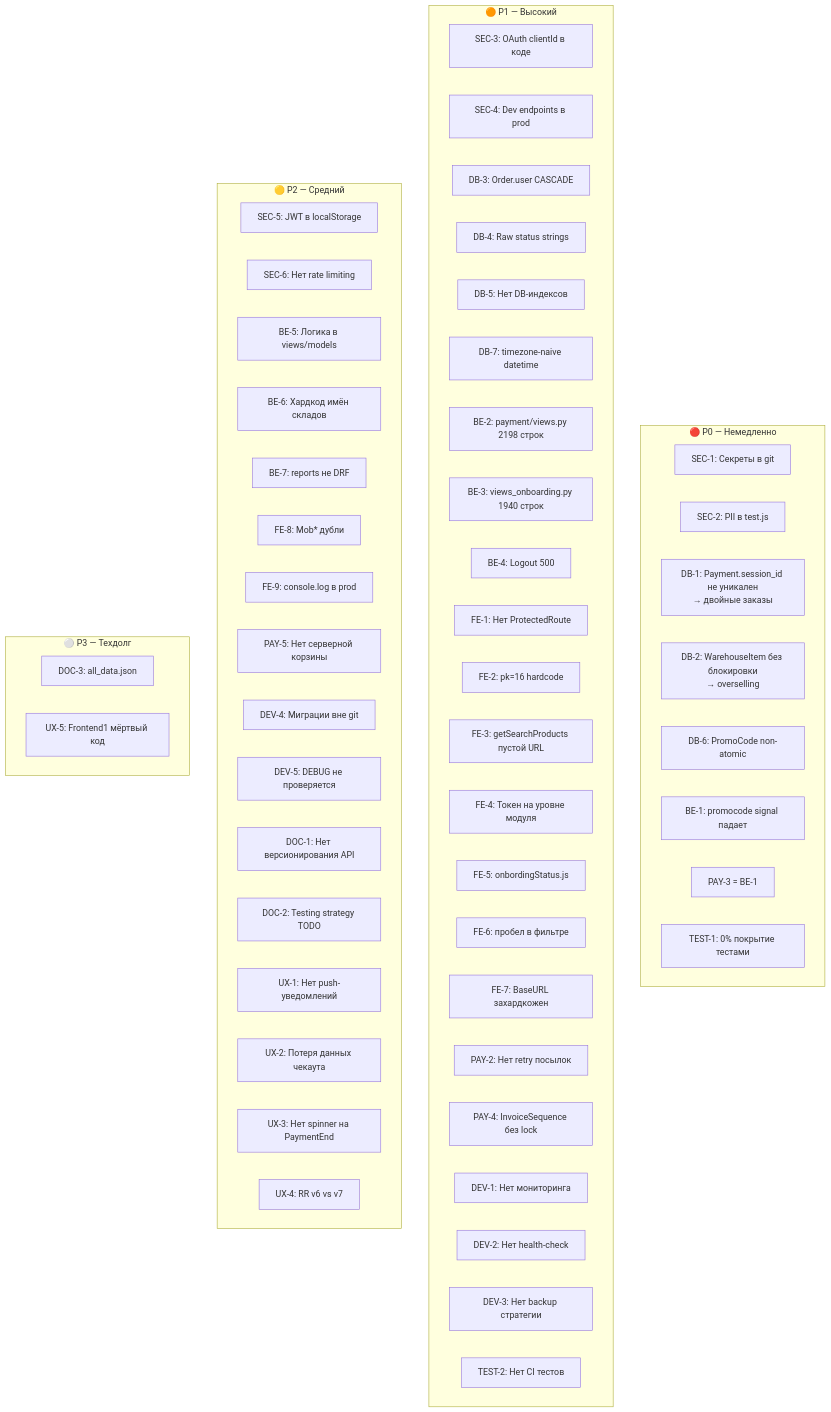
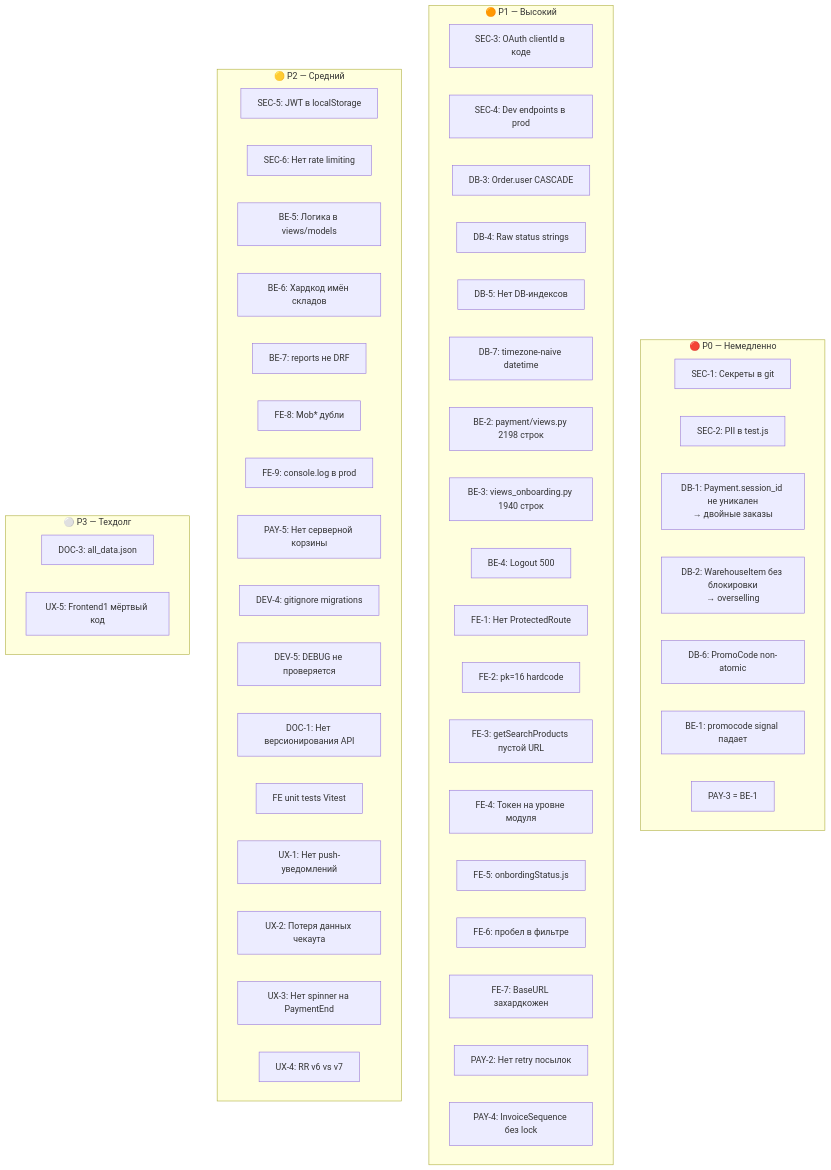
The first of 2 diagrams in docs/09-architecture-debt.md (pavelchamgl/reli.one), drawn with Mermaid before and after one commit. The commit also changed other lines of this file and 22 other files, not shown here.

First line of the commit message:
docs+test: align docs, add Frontend3 Vitest/RTL, order lifecycle regressions

````diff
--- a/docs/09-architecture-debt.md
+++ b/docs/09-architecture-debt.md
@@ -878,62 +835,57 @@
 ```mermaid
 graph TD
     subgraph P0["🔴 P0 — Немедленно"]
         SEC1["SEC-1: Секреты в git"]
         SEC2["SEC-2: PII в test.js"]
         DB1["DB-1: Payment.session_id не уникален\n→ двойные заказы"]
         DB2["DB-2: WarehouseItem без блокировки\n→ overselling"]
         DB6["DB-6: PromoCode non-atomic"]
         BE1["BE-1: promocode signal падает"]
         PAY3["PAY-3 = BE-1"]
-        TEST1["TEST-1: 0% покрытие тестами"]
     end
 
     subgraph P1["🟠 P1 — Высокий"]
         SEC3["SEC-3: OAuth clientId в коде"]
         SEC4["SEC-4: Dev endpoints в prod"]
         DB3["DB-3: Order.user CASCADE"]
         DB4["DB-4: Raw status strings"]
         DB5["DB-5: Нет DB-индексов"]
         DB7["DB-7: timezone-naive datetime"]
         BE2["BE-2: payment/views.py 2198 строк"]
         BE3["BE-3: views_onboarding.py 1940 строк"]
         BE4["BE-4: Logout 500"]
         FE1["FE-1: Нет ProtectedRoute"]
         FE2["FE-2: pk=16 hardcode"]
         FE3["FE-3: getSearchProducts пустой URL"]
         FE4["FE-4: Токен на уровне модуля"]
         FE5["FE-5: onbordingStatus.js"]
         FE6["FE-6: пробел в фильтре"]
         FE7["FE-7: BaseURL захардкожен"]
         PAY2["PAY-2: Нет retry посылок"]
         PAY4["PAY-4: InvoiceSequence без lock"]
-        DEV1["DEV-1: Нет мониторинга"]
-        DEV2["DEV-2: Нет health-check"]
-        DEV3["DEV-3: Нет backup стратегии"]
-        TEST2["TEST-2: Нет CI тестов"]
     end
 
     subgraph P2["🟡 P2 — Средний"]
         SEC5["SEC-5: JWT в localStorage"]
         SEC6["SEC-6: Нет rate limiting"]
         BE5["BE-5: Логика в views/models"]
         BE6["BE-6: Хардкод имён складов"]
         BE7["BE-7: reports не DRF"]
         FE8["FE-8: Mob* дубли"]
         FE9["FE-9: console.log в prod"]
         PAY5["PAY-5: Нет серверной корзины"]
-        DEV4["DEV-4: Миграции вне git"]
+        DEV4["DEV-4: gitignore migrations"]
         DEV5["DEV-5: DEBUG не проверяется"]
         DOC1["DOC-1: Нет версионирования API"]
-        DOC2["DOC-2: Testing strategy TODO"]
+        FE_TESTS["FE unit tests Vitest"]
         UX1["UX-1: Нет push-уведомлений"]
         UX2["UX-2: Потеря данных чекаута"]
         UX3["UX-3: Нет spinner на PaymentEnd"]
         UX4["UX-4: RR v6 vs v7"]
     end
 
     subgraph P3["⚪ P3 — Техдолг"]
         DOC3["DOC-3: all_data.json"]
         UX5["UX-5: Frontend1 мёртвый код"]
     end
 ```
````
